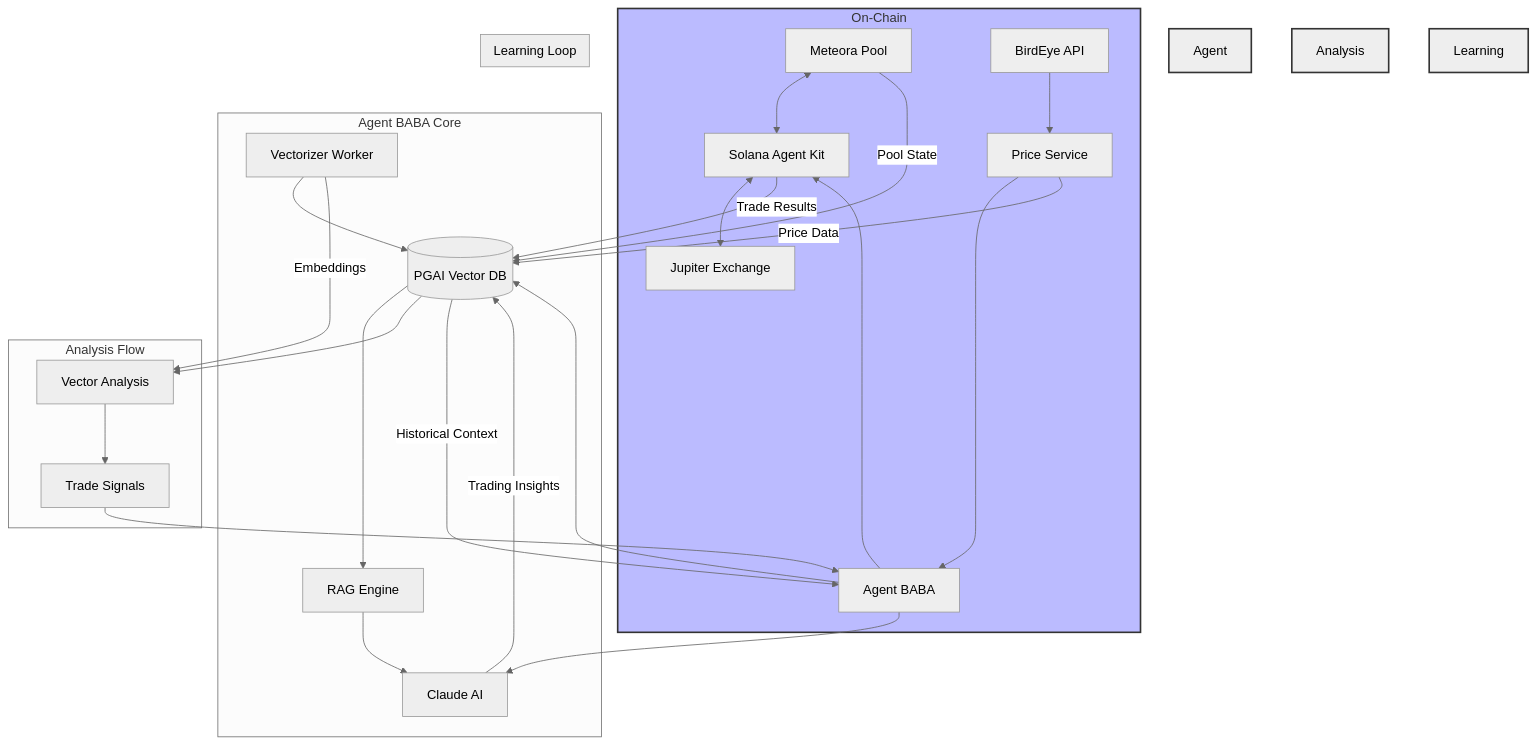
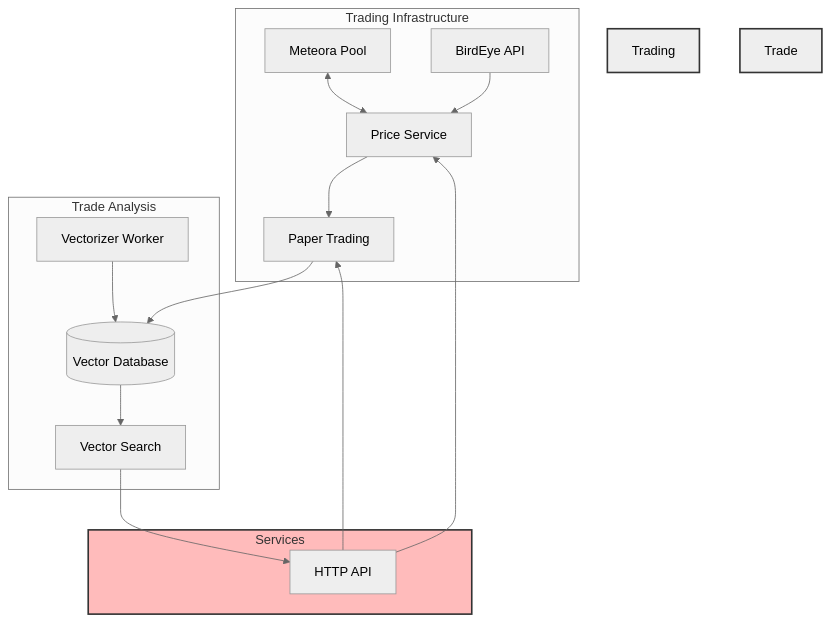
The diagram in README.md (botmechanic/agent-baba), drawn with Mermaid (neutral theme) before and after one commit. The commit also changed other lines of this file and 1 other file, not shown here.

````diff
--- a/README.md
+++ b/README.md
@@ -17,38 +18,24 @@
 ```mermaid
 flowchart TB
-    subgraph On-Chain
-        MP[Meteora Pool] <--> SA[Solana Agent Kit]
-        SA <--> JE[Jupiter Exchange]
-        BE[BirdEye API] --> PS[Price Service]
-        PS --> AB
+    subgraph Trading Infrastructure
+        MP[Meteora Pool] <--> PS[Price Service]
+        PS --> PTS[Paper Trading]
+        BE[BirdEye API] --> PS
     end
 
-    subgraph Agent BABA Core
-        AB[Agent BABA] --> SA
-        AB --> DB[(PGAI Vector DB)]
-        AB --> CA[Claude AI]
-        DB --> RAG[RAG Engine]
-        RAG --> CA
-        VW[Vectorizer Worker] --> DB
+    subgraph Trade Analysis
+        PTS --> VDB[(Vector Database)]
+        VDB --> VS[Vector Search]
+        VW[Vectorizer Worker] --> VDB
     end
 
-    subgraph Analysis Flow
-        DB --> VA[Vector Analysis]
-        VA --> TS[Trade Signals]
-        TS --> AB
-        VW --> |Embeddings| VA
+    subgraph Services
+        API[HTTP API] --> PTS
+        API --> PS
+        VS --> API
     end
 
-    subgraph Learning Loop
-        MP --> |Pool State| DB
-        SA --> |Trade Results| DB
-        CA --> |Trading Insights| DB
-        DB --> |Historical Context| AB
-        PS --> |Price Data| DB
-    end
-
-    style Agent BABA Core fill:#f9f,stroke:#333,stroke-width:2px
-    style On-Chain fill:#bbf,stroke:#333,stroke-width:2px
-    style Analysis Flow fill:#bfb,stroke:#333,stroke-width:2px
-    style Learning Loop fill:#fbb,stroke:#333,stroke-width:2px
+    style Trading Infrastructure fill:#bbf,stroke:#333,stroke-width:2px
+    style Trade Analysis fill:#bfb,stroke:#333,stroke-width:2px
+    style Services fill:#fbb,stroke:#333,stroke-width:2px
 ```
````
